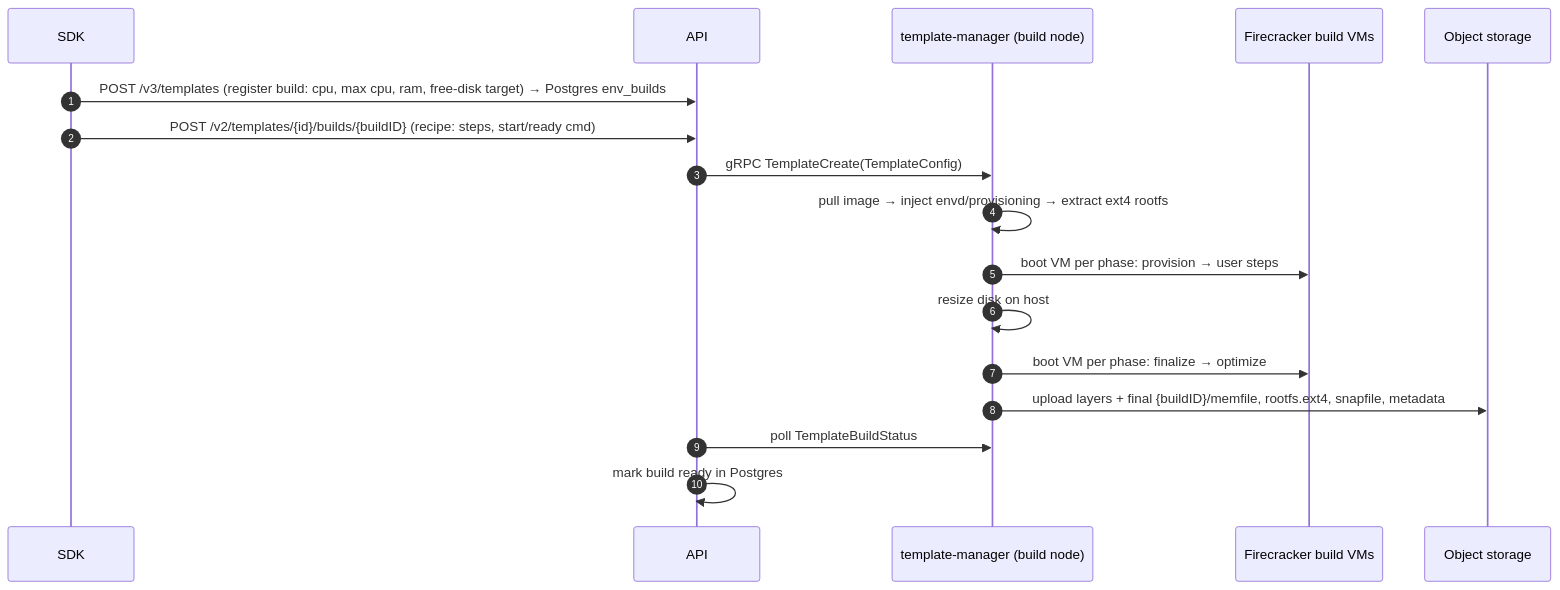
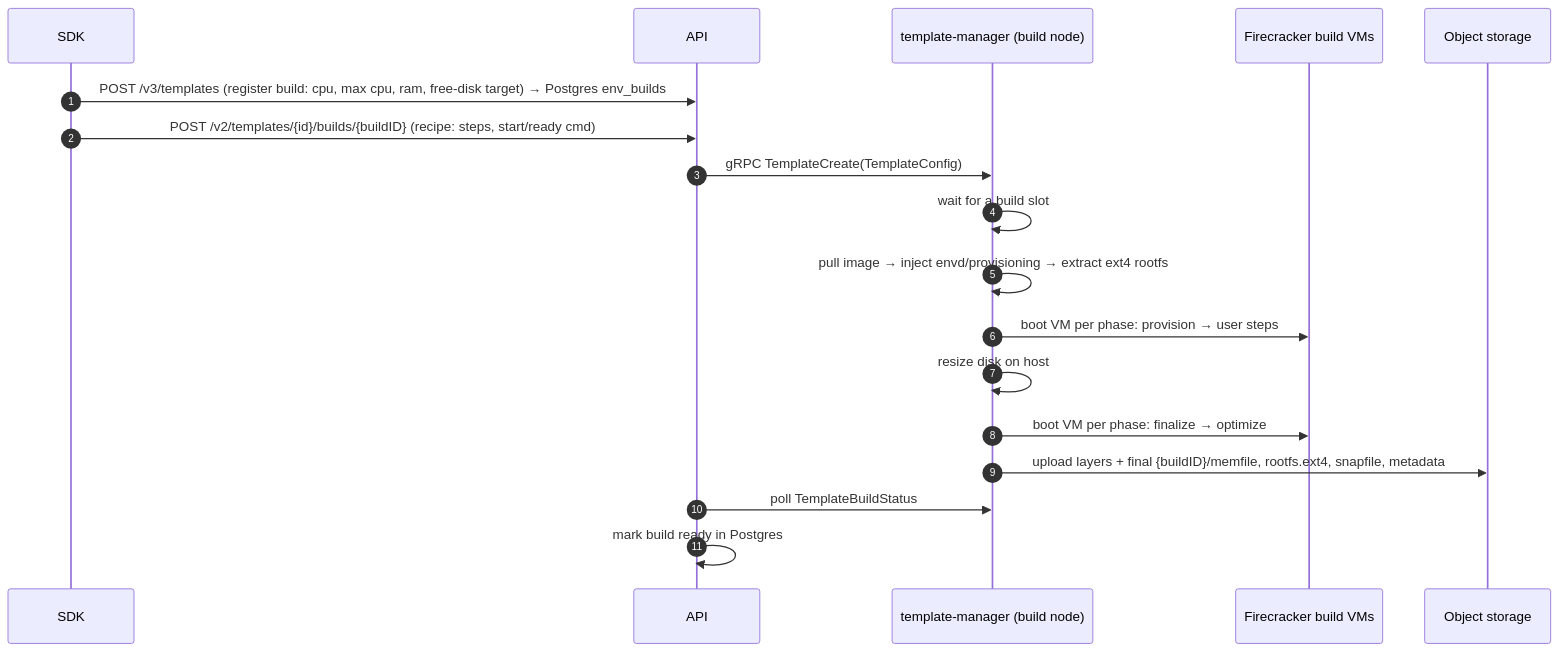
The fifth of 6 diagrams in docs/ARCHITECTURE.md (e2b-dev/runtime), drawn with Mermaid before and after one commit. The commit also changed other lines of this file and 4 other files, not shown here.

````diff
--- a/docs/ARCHITECTURE.md
+++ b/docs/ARCHITECTURE.md
@@ -1353,20 +1353,21 @@
 ```mermaid
 sequenceDiagram
     autonumber
     participant C as SDK
     participant API as API
     participant TM as template-manager (build node)
     participant FC as Firecracker build VMs
     participant OS as Object storage
 
     C->>API: POST /v3/templates (register build: cpu, max cpu, ram, free-disk target) → Postgres env_builds
     C->>API: POST /v2/templates/{id}/builds/{buildID} (recipe: steps, start/ready cmd)
     API->>TM: gRPC TemplateCreate(TemplateConfig)
+    TM->>TM: wait for a build slot
     TM->>TM: pull image → inject envd/provisioning → extract ext4 rootfs
     TM->>FC: boot VM per phase: provision → user steps
     TM->>TM: resize disk on host
     TM->>FC: boot VM per phase: finalize → optimize
     TM->>OS: upload layers + final {buildID}/memfile, rootfs.ext4, snapfile, metadata
     API->>TM: poll TemplateBuildStatus
     API->>API: mark build ready in Postgres
 ```
````
